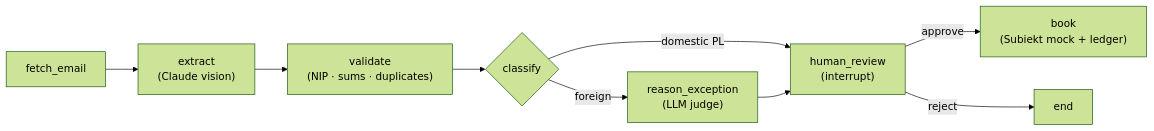
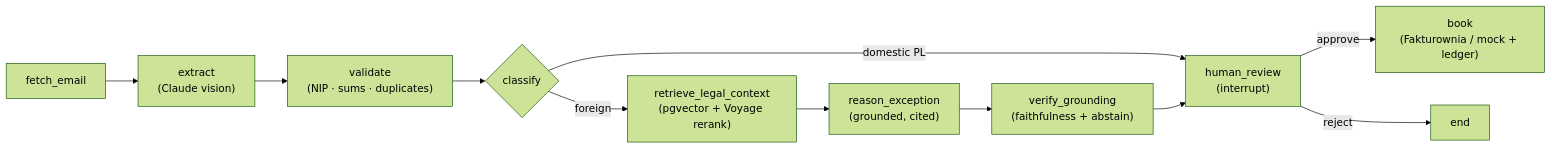
The diagram in README.md (mstudniarski-arch/invoicer), drawn with Mermaid (forest theme) before and after one commit. The commit also changed other lines of this file and 4 other files, not shown here.

Commit message:
feat(deploy+docs): Fly Postgres release-ingest + README RAG diagram/section/ports

````diff
--- a/README.md
+++ b/README.md
@@ -15,11 +15,13 @@
 ```mermaid
 flowchart LR
     A[fetch_email] --> B["extract<br/>(Claude vision)"]
     B --> C["validate<br/>(NIP · sums · duplicates)"]
     C --> D{classify}
-    D -->|foreign| E["reason_exception<br/>(LLM judge)"]
     D -->|domestic PL| F["human_review<br/>(interrupt)"]
-    E --> F
-    F -->|approve| G["book<br/>(Subiekt mock + ledger)"]
+    D -->|foreign| R["retrieve_legal_context<br/>(pgvector + Voyage rerank)"]
+    R --> E["reason_exception<br/>(grounded, cited)"]
+    E --> V["verify_grounding<br/>(faithfulness + abstain)"]
+    V --> F
+    F -->|approve| G["book<br/>(Fakturownia / mock + ledger)"]
     F -->|reject| H[end]
 ```
````
